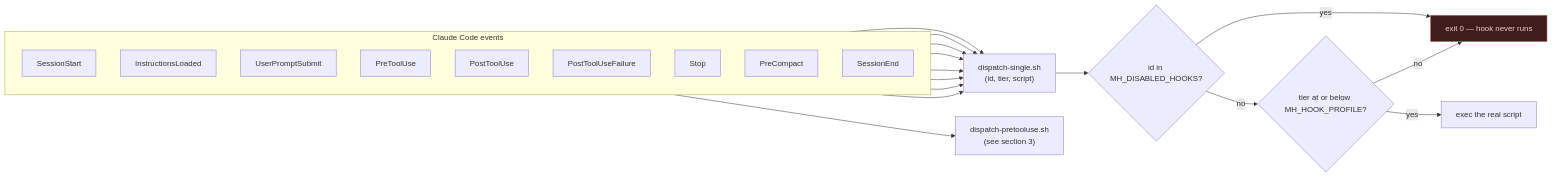
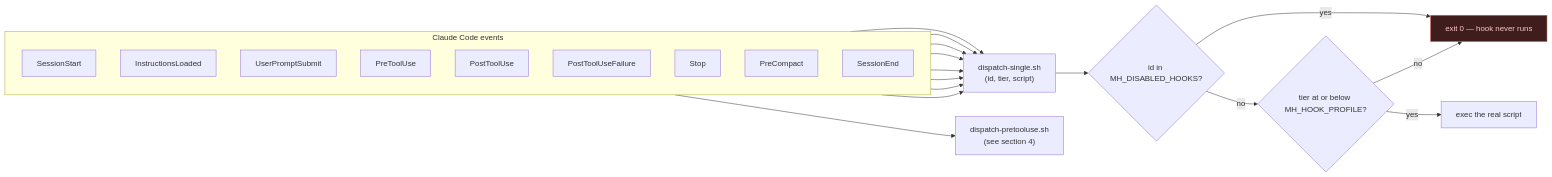
Before and after one commit to wasikarn/matt-harness: the second of 8 diagrams in docs/workflow-diagrams.md, drawn with Mermaid. The commit also changed other lines of this file and 1 other file, not shown here.

First line of the commit message:
docs: put the overall diagram in README, reorder sections so flow matches numbering

````diff
--- a/docs/workflow-diagrams.md
+++ b/docs/workflow-diagrams.md
@@ -50,27 +53,27 @@
 ```mermaid
 flowchart LR
     subgraph EVENTS["Claude Code events"]
         direction TB
         E1["SessionStart"]
         E2["InstructionsLoaded"]
         E3["UserPromptSubmit"]
         E4["PreToolUse"]
         E5["PostToolUse"]
         E6["PostToolUseFailure"]
         E7["Stop"]
         E8["PreCompact"]
         E9["SessionEnd"]
     end
 
     E1 & E2 & E3 & E5 & E6 & E7 & E8 & E9 --> DS["dispatch-single.sh<br/>(id, tier, script)"]
-    E4 --> DP["dispatch-pretooluse.sh<br/>(see section 3)"]
+    E4 --> DP["dispatch-pretooluse.sh<br/>(see section 4)"]
 
     DS --> K{"id in MH_DISABLED_HOOKS?"}
     K -->|"yes"| X["exit 0 — hook never runs"]
     K -->|"no"| T{"tier at or below MH_HOOK_PROFILE?"}
     T -->|"no"| X
     T -->|"yes"| R["exec the real script"]
 
     classDef drop fill:#3f1d1d,stroke:#f87171,color:#fecaca
     class X drop
 ```
````
